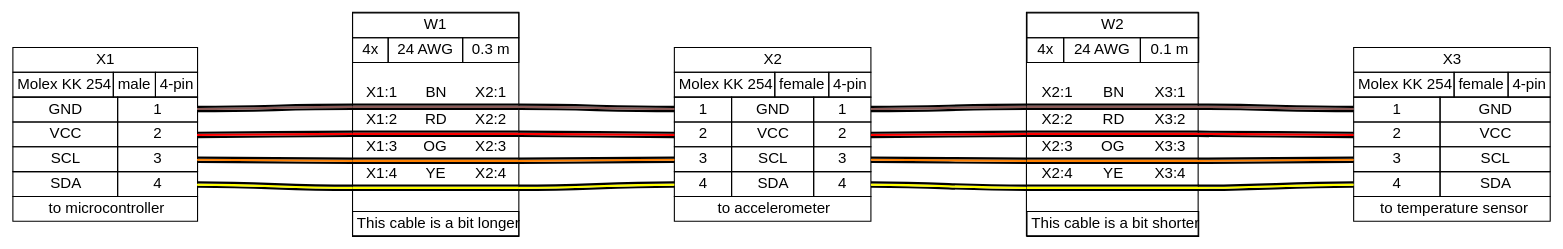
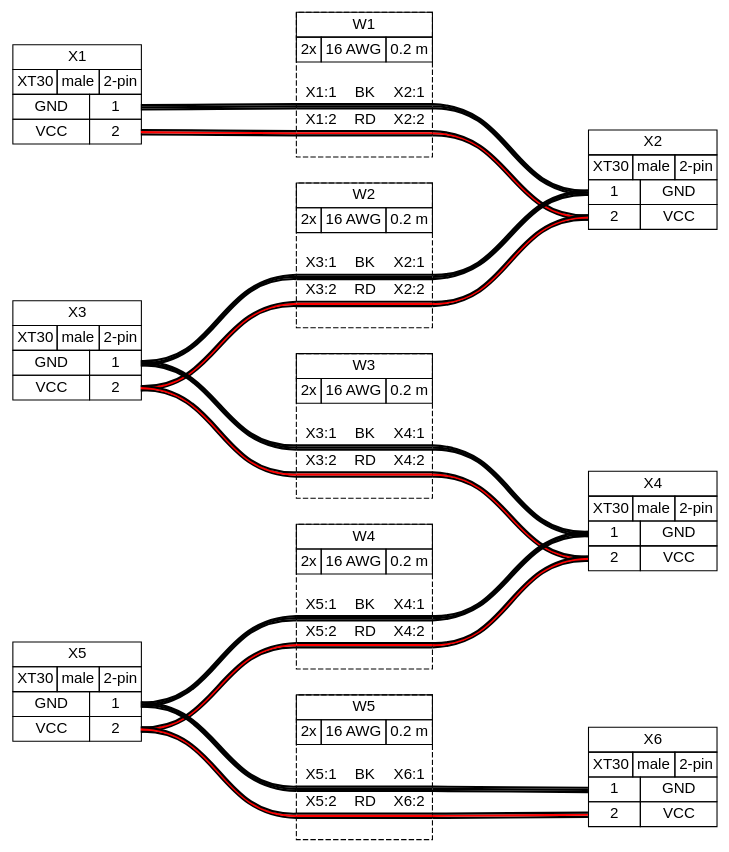
The diagram in WireHarness/ALL/08LiIonPWR.gv (hermeswasa/S5-System), drawn with Graphviz before and after one commit. The commit also changed 5 other files, not shown here.

```diff
--- a/WireHarness/ALL/08LiIonPWR.gv
+++ b/WireHarness/ALL/08LiIonPWR.gv
@@ -13,9 +13,9 @@
  </td></tr>
  <tr><td>
   <table border="0" cellspacing="0" cellpadding="3" cellborder="1"><tr>
-   <td balign="left">Molex KK 254</td>
+   <td balign="left">XT30</td>
    <td balign="left">male</td>
-   <td balign="left">4-pin</td>
+   <td balign="left">2-pin</td>
   </tr></table>
  </td></tr>
  <tr><td>
@@ -28,20 +28,7 @@
     <td>VCC</td>
     <td port="p2r">2</td>
    </tr>
-   <tr>
-    <td>SCL</td>
-    <td port="p3r">3</td>
-   </tr>
-   <tr>
-    <td>SDA</td>
-    <td port="p4r">4</td>
-   </tr>
   </table>
- </td></tr>
- <tr><td>
-  <table border="0" cellspacing="0" cellpadding="3" cellborder="1"><tr>
-   <td balign="left">to microcontroller</td>
-  </tr></table>
  </td></tr>
 </table>
 > fillcolor=white margin=0 shape=none style=filled]
@@ -54,9 +41,9 @@
  </td></tr>
  <tr><td>
   <table border="0" cellspacing="0" cellpadding="3" cellborder="1"><tr>
-   <td balign="left">Molex KK 254</td>
-   <td balign="left">female</td>
-   <td balign="left">4-pin</td>
+   <td balign="left">XT30</td>
+   <td balign="left">male</td>
+   <td balign="left">2-pin</td>
   </tr></table>
  </td></tr>
  <tr><td>
@@ -64,29 +51,12 @@
    <tr>
     <td port="p1l">1</td>
     <td>GND</td>
-    <td port="p1r">1</td>
    </tr>
    <tr>
     <td port="p2l">2</td>
     <td>VCC</td>
-    <td port="p2r">2</td>
-   </tr>
-   <tr>
-    <td port="p3l">3</td>
-    <td>SCL</td>
-    <td port="p3r">3</td>
-   </tr>
-   <tr>
-    <td port="p4l">4</td>
-    <td>SDA</td>
-    <td port="p4r">4</td>
    </tr>
   </table>
- </td></tr>
- <tr><td>
-  <table border="0" cellspacing="0" cellpadding="3" cellborder="1"><tr>
-   <td balign="left">to accelerometer</td>
-  </tr></table>
  </td></tr>
 </table>
 > fillcolor=white margin=0 shape=none style=filled]
@@ -99,9 +69,37 @@
  </td></tr>
  <tr><td>
   <table border="0" cellspacing="0" cellpadding="3" cellborder="1"><tr>
-   <td balign="left">Molex KK 254</td>
-   <td balign="left">female</td>
-   <td balign="left">4-pin</td>
+   <td balign="left">XT30</td>
+   <td balign="left">male</td>
+   <td balign="left">2-pin</td>
+  </tr></table>
+ </td></tr>
+ <tr><td>
+  <table border="0" cellspacing="0" cellpadding="3" cellborder="1">
+   <tr>
+    <td>GND</td>
+    <td port="p1r">1</td>
+   </tr>
+   <tr>
+    <td>VCC</td>
+    <td port="p2r">2</td>
+   </tr>
+  </table>
+ </td></tr>
+</table>
+> fillcolor=white margin=0 shape=none style=filled]
+	X4 [label=<
+<table border="0" cellspacing="0" cellpadding="0">
+ <tr><td>
+  <table border="0" cellspacing="0" cellpadding="3" cellborder="1"><tr>
+   <td balign="left">X4</td>
+  </tr></table>
+ </td></tr>
+ <tr><td>
+  <table border="0" cellspacing="0" cellpadding="3" cellborder="1"><tr>
+   <td balign="left">XT30</td>
+   <td balign="left">male</td>
+   <td balign="left">2-pin</td>
   </tr></table>
  </td></tr>
  <tr><td>
@@ -114,35 +112,72 @@
     <td port="p2l">2</td>
     <td>VCC</td>
    </tr>
+  </table>
+ </td></tr>
+</table>
+> fillcolor=white margin=0 shape=none style=filled]
+	X5 [label=<
+<table border="0" cellspacing="0" cellpadding="0">
+ <tr><td>
+  <table border="0" cellspacing="0" cellpadding="3" cellborder="1"><tr>
+   <td balign="left">X5</td>
+  </tr></table>
+ </td></tr>
+ <tr><td>
+  <table border="0" cellspacing="0" cellpadding="3" cellborder="1"><tr>
+   <td balign="left">XT30</td>
+   <td balign="left">male</td>
+   <td balign="left">2-pin</td>
+  </tr></table>
+ </td></tr>
+ <tr><td>
+  <table border="0" cellspacing="0" cellpadding="3" cellborder="1">
    <tr>
-    <td port="p3l">3</td>
-    <td>SCL</td>
+    <td>GND</td>
+    <td port="p1r">1</td>
    </tr>
    <tr>
-    <td port="p4l">4</td>
-    <td>SDA</td>
+    <td>VCC</td>
+    <td port="p2r">2</td>
    </tr>
   </table>
  </td></tr>
+</table>
+> fillcolor=white margin=0 shape=none style=filled]
+	X6 [label=<
+<table border="0" cellspacing="0" cellpadding="0">
  <tr><td>
   <table border="0" cellspacing="0" cellpadding="3" cellborder="1"><tr>
-   <td balign="left">to temperature sensor</td>
+   <td balign="left">X6</td>
   </tr></table>
+ </td></tr>
+ <tr><td>
+  <table border="0" cellspacing="0" cellpadding="3" cellborder="1"><tr>
+   <td balign="left">XT30</td>
+   <td balign="left">male</td>
+   <td balign="left">2-pin</td>
+  </tr></table>
+ </td></tr>
+ <tr><td>
+  <table border="0" cellspacing="0" cellpadding="3" cellborder="1">
+   <tr>
+    <td port="p1l">1</td>
+    <td>GND</td>
+   </tr>
+   <tr>
+    <td port="p2l">2</td>
+    <td>VCC</td>
+   </tr>
+  </table>
  </td></tr>
 </table>
 > fillcolor=white margin=0 shape=none style=filled]
-	edge [color="#000000:#895956:#000000"]
+	edge [color="#000000:#000000:#000000"]
 	X1:p1r:e -- W1:w1:w
 	W1:w1:e -- X2:p1l:w
 	edge [color="#000000:#ff0000:#000000"]
 	X1:p2r:e -- W1:w2:w
 	W1:w2:e -- X2:p2l:w
-	edge [color="#000000:#ff8000:#000000"]
-	X1:p3r:e -- W1:w3:w
-	W1:w3:e -- X2:p3l:w
-	edge [color="#000000:#ffff00:#000000"]
-	X1:p4r:e -- W1:w4:w
-	W1:w4:e -- X2:p4l:w
 	W1 [label=<
 <table border="0" cellspacing="0" cellpadding="0">
  <tr><td>
@@ -152,9 +187,9 @@
  </td></tr>
  <tr><td>
   <table border="0" cellspacing="0" cellpadding="3" cellborder="1"><tr>
-   <td balign="left">4x</td>
-   <td balign="left">24 AWG</td>
-   <td balign="left">0.3 m</td>
+   <td balign="left">2x</td>
+   <td balign="left">16 AWG</td>
+   <td balign="left">0.2 m</td>
   </tr></table>
  </td></tr>
  <tr><td>
@@ -162,14 +197,14 @@
    <tr><td>&nbsp;</td></tr>
    <tr>
     <td>X1:1</td>
-    <td>BN</td>
+    <td>BK</td>
     <td>X2:1</td>
    </tr>
    <tr>
     <td colspan="3" border="0" cellspacing="0" cellpadding="0" port="w1" height="6">
      <table cellspacing="0" cellborder="0" border="0">
       <tr><td colspan="3" cellpadding="0" height="2" bgcolor="#000000" border="0"></td></tr>
-      <tr><td colspan="3" cellpadding="0" height="2" bgcolor="#895956" border="0"></td></tr>
+      <tr><td colspan="3" cellpadding="0" height="2" bgcolor="#000000" border="0"></td></tr>
       <tr><td colspan="3" cellpadding="0" height="2" bgcolor="#000000" border="0"></td></tr>
      </table>
     </td>
@@ -188,56 +223,17 @@
      </table>
     </td>
    </tr>
-   <tr>
-    <td>X1:3</td>
-    <td>OG</td>
-    <td>X2:3</td>
-   </tr>
-   <tr>
-    <td colspan="3" border="0" cellspacing="0" cellpadding="0" port="w3" height="6">
-     <table cellspacing="0" cellborder="0" border="0">
-      <tr><td colspan="3" cellpadding="0" height="2" bgcolor="#000000" border="0"></td></tr>
-      <tr><td colspan="3" cellpadding="0" height="2" bgcolor="#ff8000" border="0"></td></tr>
-      <tr><td colspan="3" cellpadding="0" height="2" bgcolor="#000000" border="0"></td></tr>
-     </table>
-    </td>
-   </tr>
-   <tr>
-    <td>X1:4</td>
-    <td>YE</td>
-    <td>X2:4</td>
-   </tr>
-   <tr>
-    <td colspan="3" border="0" cellspacing="0" cellpadding="0" port="w4" height="6">
-     <table cellspacing="0" cellborder="0" border="0">
-      <tr><td colspan="3" cellpadding="0" height="2" bgcolor="#000000" border="0"></td></tr>
-      <tr><td colspan="3" cellpadding="0" height="2" bgcolor="#ffff00" border="0"></td></tr>
-      <tr><td colspan="3" cellpadding="0" height="2" bgcolor="#000000" border="0"></td></tr>
-     </table>
-    </td>
-   </tr>
    <tr><td>&nbsp;</td></tr>
   </table>
  </td></tr>
- <tr><td>
-  <table border="0" cellspacing="0" cellpadding="3" cellborder="1"><tr>
-   <td balign="left">This cable is a bit longer</td>
-  </tr></table>
- </td></tr>
 </table>
-> fillcolor=white margin=0 shape=box style=""]
-	edge [color="#000000:#895956:#000000"]
-	X2:p1r:e -- W2:w1:w
-	W2:w1:e -- X3:p1l:w
+> fillcolor=white margin=0 shape=box style="filled,dashed"]
+	edge [color="#000000:#000000:#000000"]
+	X3:p1r:e -- W2:w1:w
+	W2:w1:e -- X2:p1l:w
 	edge [color="#000000:#ff0000:#000000"]
-	X2:p2r:e -- W2:w2:w
-	W2:w2:e -- X3:p2l:w
-	edge [color="#000000:#ff8000:#000000"]
-	X2:p3r:e -- W2:w3:w
-	W2:w3:e -- X3:p3l:w
-	edge [color="#000000:#ffff00:#000000"]
-	X2:p4r:e -- W2:w4:w
-	W2:w4:e -- X3:p4l:w
+	X3:p2r:e -- W2:w2:w
+	W2:w2:e -- X2:p2l:w
 	W2 [label=<
 <table border="0" cellspacing="0" cellpadding="0">
  <tr><td>
@@ -247,32 +243,32 @@
  </td></tr>
  <tr><td>
   <table border="0" cellspacing="0" cellpadding="3" cellborder="1"><tr>
-   <td balign="left">4x</td>
-   <td balign="left">24 AWG</td>
-   <td balign="left">0.1 m</td>
+   <td balign="left">2x</td>
+   <td balign="left">16 AWG</td>
+   <td balign="left">0.2 m</td>
   </tr></table>
  </td></tr>
  <tr><td>
   <table border="0" cellspacing="0" cellborder="0">
    <tr><td>&nbsp;</td></tr>
    <tr>
+    <td>X3:1</td>
+    <td>BK</td>
     <td>X2:1</td>
-    <td>BN</td>
-    <td>X3:1</td>
    </tr>
    <tr>
     <td colspan="3" border="0" cellspacing="0" cellpadding="0" port="w1" height="6">
      <table cellspacing="0" cellborder="0" border="0">
       <tr><td colspan="3" cellpadding="0" height="2" bgcolor="#000000" border="0"></td></tr>
-      <tr><td colspan="3" cellpadding="0" height="2" bgcolor="#895956" border="0"></td></tr>
+      <tr><td colspan="3" cellpadding="0" height="2" bgcolor="#000000" border="0"></td></tr>
       <tr><td colspan="3" cellpadding="0" height="2" bgcolor="#000000" border="0"></td></tr>
      </table>
     </td>
    </tr>
    <tr>
+    <td>X3:2</td>
+    <td>RD</td>
     <td>X2:2</td>
-    <td>RD</td>
-    <td>X3:2</td>
    </tr>
    <tr>
     <td colspan="3" border="0" cellspacing="0" cellpadding="0" port="w2" height="6">
@@ -283,30 +279,58 @@
      </table>
     </td>
    </tr>
+   <tr><td>&nbsp;</td></tr>
+  </table>
+ </td></tr>
+</table>
+> fillcolor=white margin=0 shape=box style="filled,dashed"]
+	edge [color="#000000:#000000:#000000"]
+	X3:p1r:e -- W3:w1:w
+	W3:w1:e -- X4:p1l:w
+	edge [color="#000000:#ff0000:#000000"]
+	X3:p2r:e -- W3:w2:w
+	W3:w2:e -- X4:p2l:w
+	W3 [label=<
+<table border="0" cellspacing="0" cellpadding="0">
+ <tr><td>
+  <table border="0" cellspacing="0" cellpadding="3" cellborder="1"><tr>
+   <td balign="left">W3</td>
+  </tr></table>
+ </td></tr>
+ <tr><td>
+  <table border="0" cellspacing="0" cellpadding="3" cellborder="1"><tr>
+   <td balign="left">2x</td>
+   <td balign="left">16 AWG</td>
+   <td balign="left">0.2 m</td>
+  </tr></table>
+ </td></tr>
+ <tr><td>
+  <table border="0" cellspacing="0" cellborder="0">
+   <tr><td>&nbsp;</td></tr>
    <tr>
-    <td>X2:3</td>
-    <td>OG</td>
-    <td>X3:3</td>
+    <td>X3:1</td>
+    <td>BK</td>
+    <td>X4:1</td>
    </tr>
    <tr>
-    <td colspan="3" border="0" cellspacing="0" cellpadding="0" port="w3" height="6">
+    <td colspan="3" border="0" cellspacing="0" cellpadding="0" port="w1" height="6">
      <table cellspacing="0" cellborder="0" border="0">
       <tr><td colspan="3" cellpadding="0" height="2" bgcolor="#000000" border="0"></td></tr>
-      <tr><td colspan="3" cellpadding="0" height="2" bgcolor="#ff8000" border="0"></td></tr>
+      <tr><td colspan="3" cellpadding="0" height="2" bgcolor="#000000" border="0"></td></tr>
       <tr><td colspan="3" cellpadding="0" height="2" bgcolor="#000000" border="0"></td></tr>
      </table>
     </td>
    </tr>
    <tr>
-    <td>X2:4</td>
-    <td>YE</td>
-    <td>X3:4</td>
+    <td>X3:2</td>
+    <td>RD</td>
+    <td>X4:2</td>
    </tr>
    <tr>
-    <td colspan="3" border="0" cellspacing="0" cellpadding="0" port="w4" height="6">
+    <td colspan="3" border="0" cellspacing="0" cellpadding="0" port="w2" height="6">
      <table cellspacing="0" cellborder="0" border="0">
       <tr><td colspan="3" cellpadding="0" height="2" bgcolor="#000000" border="0"></td></tr>
-      <tr><td colspan="3" cellpadding="0" height="2" bgcolor="#ffff00" border="0"></td></tr>
+      <tr><td colspan="3" cellpadding="0" height="2" bgcolor="#ff0000" border="0"></td></tr>
       <tr><td colspan="3" cellpadding="0" height="2" bgcolor="#000000" border="0"></td></tr>
      </table>
     </td>
@@ -314,11 +338,118 @@
    <tr><td>&nbsp;</td></tr>
   </table>
  </td></tr>
+</table>
+> fillcolor=white margin=0 shape=box style="filled,dashed"]
+	edge [color="#000000:#000000:#000000"]
+	X5:p1r:e -- W4:w1:w
+	W4:w1:e -- X4:p1l:w
+	edge [color="#000000:#ff0000:#000000"]
+	X5:p2r:e -- W4:w2:w
+	W4:w2:e -- X4:p2l:w
+	W4 [label=<
+<table border="0" cellspacing="0" cellpadding="0">
  <tr><td>
   <table border="0" cellspacing="0" cellpadding="3" cellborder="1"><tr>
-   <td balign="left">This cable is a bit shorter</td>
+   <td balign="left">W4</td>
   </tr></table>
  </td></tr>
+ <tr><td>
+  <table border="0" cellspacing="0" cellpadding="3" cellborder="1"><tr>
+   <td balign="left">2x</td>
+   <td balign="left">16 AWG</td>
+   <td balign="left">0.2 m</td>
+  </tr></table>
+ </td></tr>
+ <tr><td>
+  <table border="0" cellspacing="0" cellborder="0">
+   <tr><td>&nbsp;</td></tr>
+   <tr>
+    <td>X5:1</td>
+    <td>BK</td>
+    <td>X4:1</td>
+   </tr>
+   <tr>
+    <td colspan="3" border="0" cellspacing="0" cellpadding="0" port="w1" height="6">
+     <table cellspacing="0" cellborder="0" border="0">
+      <tr><td colspan="3" cellpadding="0" height="2" bgcolor="#000000" border="0"></td></tr>
+      <tr><td colspan="3" cellpadding="0" height="2" bgcolor="#000000" border="0"></td></tr>
+      <tr><td colspan="3" cellpadding="0" height="2" bgcolor="#000000" border="0"></td></tr>
+     </table>
+    </td>
+   </tr>
+   <tr>
+    <td>X5:2</td>
+    <td>RD</td>
+    <td>X4:2</td>
+   </tr>
+   <tr>
+    <td colspan="3" border="0" cellspacing="0" cellpadding="0" port="w2" height="6">
+     <table cellspacing="0" cellborder="0" border="0">
+      <tr><td colspan="3" cellpadding="0" height="2" bgcolor="#000000" border="0"></td></tr>
+      <tr><td colspan="3" cellpadding="0" height="2" bgcolor="#ff0000" border="0"></td></tr>
+      <tr><td colspan="3" cellpadding="0" height="2" bgcolor="#000000" border="0"></td></tr>
+     </table>
+    </td>
+   </tr>
+   <tr><td>&nbsp;</td></tr>
+  </table>
+ </td></tr>
 </table>
-> fillcolor=white margin=0 shape=box style=""]
+> fillcolor=white margin=0 shape=box style="filled,dashed"]
+	edge [color="#000000:#000000:#000000"]
+	X5:p1r:e -- W5:w1:w
+	W5:w1:e -- X6:p1l:w
+	edge [color="#000000:#ff0000:#000000"]
+	X5:p2r:e -- W5:w2:w
+	W5:w2:e -- X6:p2l:w
+	W5 [label=<
+<table border="0" cellspacing="0" cellpadding="0">
+ <tr><td>
+  <table border="0" cellspacing="0" cellpadding="3" cellborder="1"><tr>
+   <td balign="left">W5</td>
+  </tr></table>
+ </td></tr>
+ <tr><td>
+  <table border="0" cellspacing="0" cellpadding="3" cellborder="1"><tr>
+   <td balign="left">2x</td>
+   <td balign="left">16 AWG</td>
+   <td balign="left">0.2 m</td>
+  </tr></table>
+ </td></tr>
+ <tr><td>
+  <table border="0" cellspacing="0" cellborder="0">
+   <tr><td>&nbsp;</td></tr>
+   <tr>
+    <td>X5:1</td>
+    <td>BK</td>
+    <td>X6:1</td>
+   </tr>
+   <tr>
+    <td colspan="3" border="0" cellspacing="0" cellpadding="0" port="w1" height="6">
+     <table cellspacing="0" cellborder="0" border="0">
+      <tr><td colspan="3" cellpadding="0" height="2" bgcolor="#000000" border="0"></td></tr>
+      <tr><td colspan="3" cellpadding="0" height="2" bgcolor="#000000" border="0"></td></tr>
+      <tr><td colspan="3" cellpadding="0" height="2" bgcolor="#000000" border="0"></td></tr>
+     </table>
+    </td>
+   </tr>
+   <tr>
+    <td>X5:2</td>
+    <td>RD</td>
+    <td>X6:2</td>
+   </tr>
+   <tr>
+    <td colspan="3" border="0" cellspacing="0" cellpadding="0" port="w2" height="6">
+     <table cellspacing="0" cellborder="0" border="0">
+      <tr><td colspan="3" cellpadding="0" height="2" bgcolor="#000000" border="0"></td></tr>
+      <tr><td colspan="3" cellpadding="0" height="2" bgcolor="#ff0000" border="0"></td></tr>
+      <tr><td colspan="3" cellpadding="0" height="2" bgcolor="#000000" border="0"></td></tr>
+     </table>
+    </td>
+   </tr>
+   <tr><td>&nbsp;</td></tr>
+  </table>
+ </td></tr>
+</table>
+> fillcolor=white margin=0 shape=box style="filled,dashed"]
 }
```
